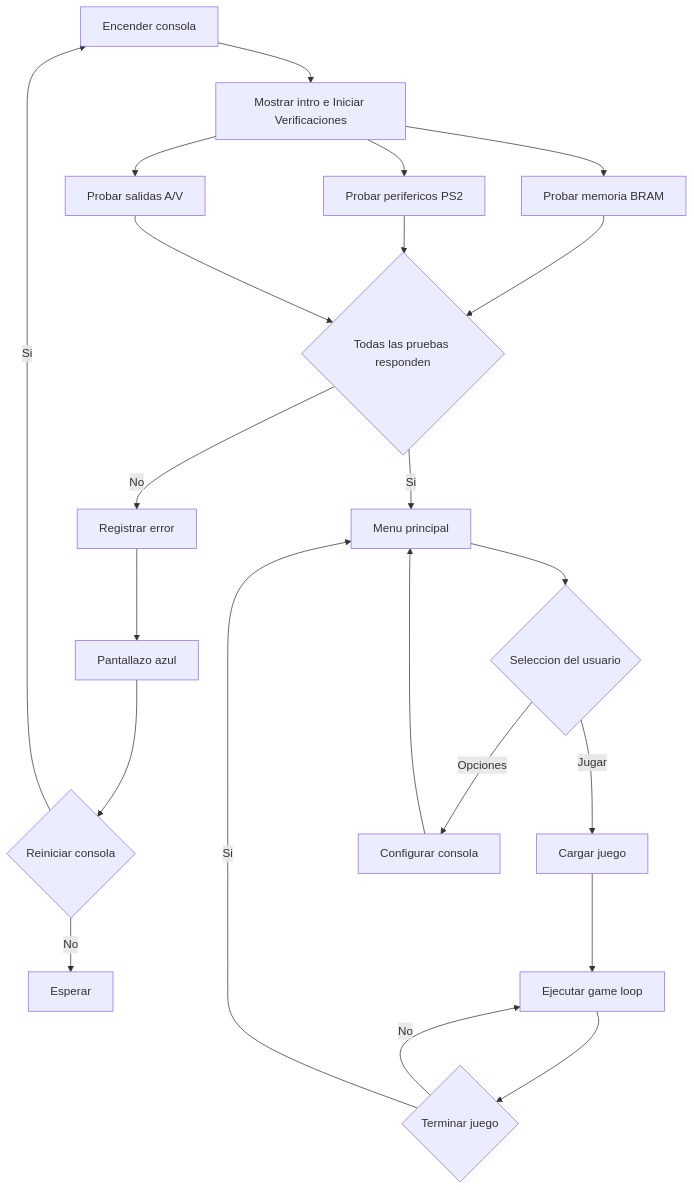
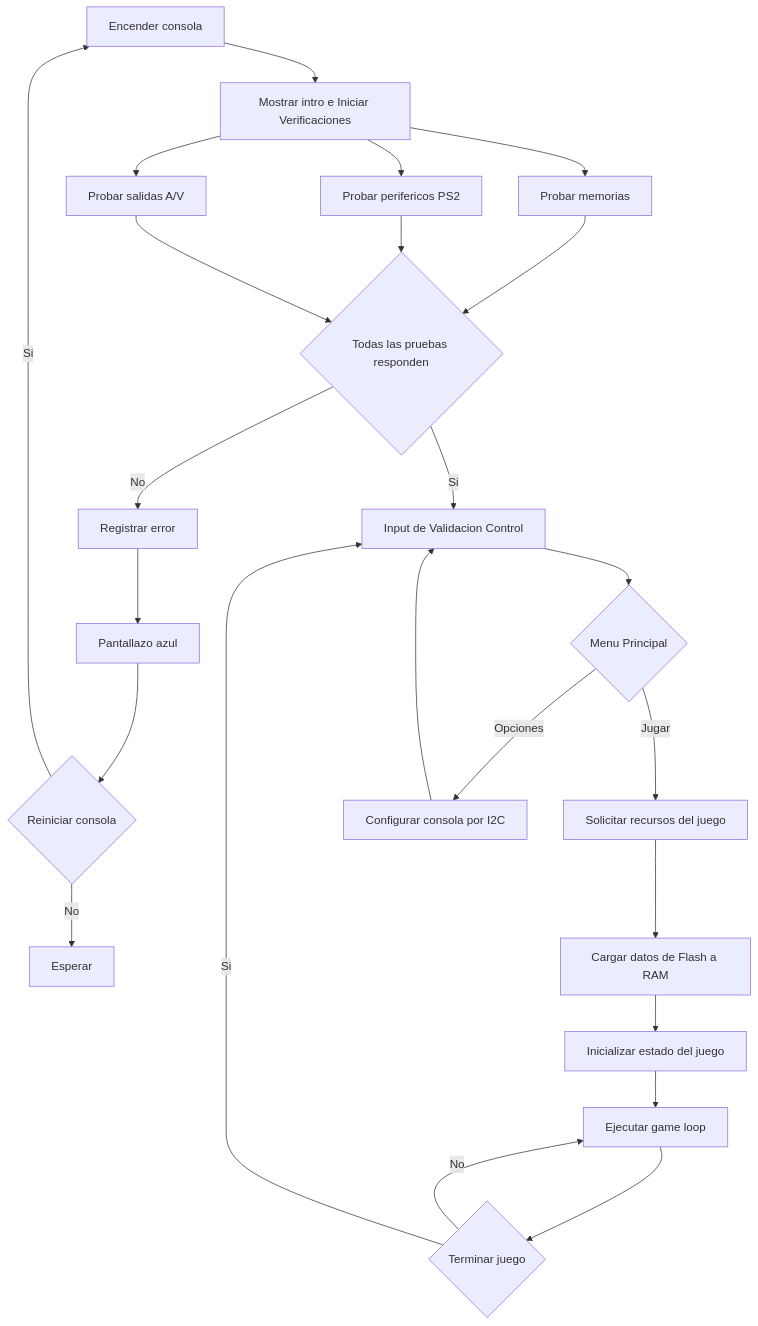
Before and after one commit to JavierGONL/Electroinca_Digital_1_hmwrk_1: the second of 4 diagrams in Readme.md, drawn with Mermaid. The commit also changed other lines of this file, not shown here.

````diff
--- a/Readme.md
+++ b/Readme.md
@@ -27,26 +26,28 @@
 ```mermaid
 flowchart TD
     A[Encender consola]
     A --> D
     D[Mostrar intro e Iniciar Verificaciones]
-    D --> E[Probar memoria BRAM]
+    D --> E[Probar memorias]
     D --> F[Probar perifericos PS2]
     D --> G[Probar salidas A/V]
     E --> H{Todas las pruebas responden}
     H -->|No| I[Registrar error]
     I --> J[Pantallazo azul]
     J --> K{Reiniciar consola}
     K -->|Si| A
     K -->|No| L[Esperar]
-    H -->|Si| M[Menu principal]
-    M --> N{Seleccion del usuario}
-    N -->|Jugar| O[Cargar juego]
-    N -->|Opciones| P[Configurar consola]
-    O --> Q[Ejecutar game loop]
-    Q --> R{Terminar juego}
+    H -->|Si| M[Input de Validacion Control]
+    M --> N{Menu Principal}
+    N -->|Jugar| O[Solicitar recursos del juego]
+    N -->|Opciones| P[Configurar consola por I2C]
+    O --> Q[Cargar datos de Flash a RAM]
+    Q --> R[Inicializar estado del juego]
+    R --> S[Ejecutar game loop]
+    S --> T{Terminar juego}
     F --> H
     G --> H
     P --> M
-    R -->|No| Q
-    R -->|Si| M
+    T -->|No| S
+    T -->|Si| M
 ```
````
